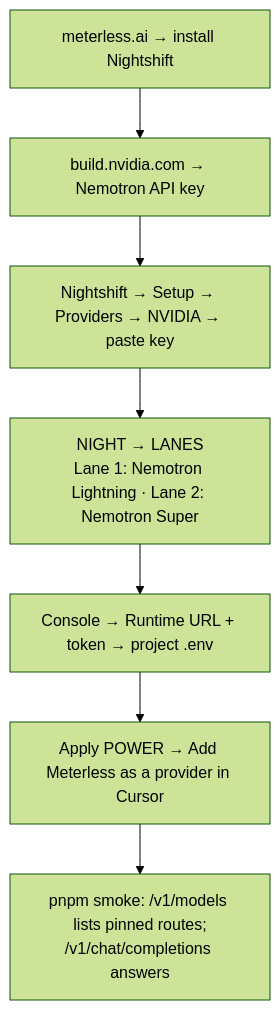
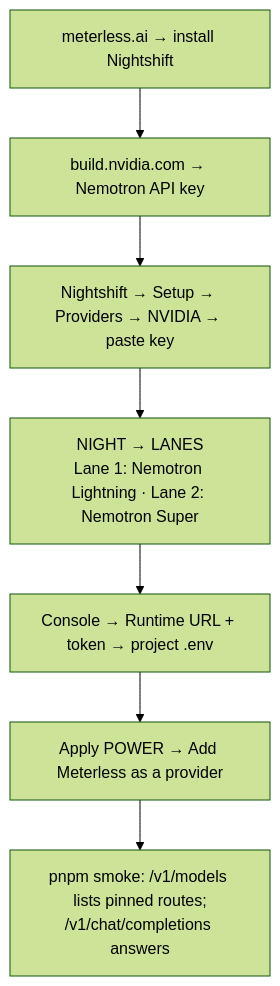
The tenth of 11 diagrams in docs/proposal.md (No0bmazt3r/SmartFlux-EDIS-Energy-Demand-Intelligence-System-), drawn with Mermaid (forest theme) before and after one commit. The commit also changed other lines of this file and 33 other files, not shown here.

````diff
--- a/docs/proposal.md
+++ b/docs/proposal.md
@@ -1189,9 +1189,9 @@
 ```mermaid
 flowchart TD
     N1["meterless.ai → install Nightshift"] --> N2["build.nvidia.com → Nemotron API key"]
     N2 --> N3["Nightshift → Setup → Providers → NVIDIA → paste key"]
     N3 --> N4["NIGHT → LANES<br/>Lane 1: Nemotron Lightning · Lane 2: Nemotron Super"]
     N4 --> N5["Console → Runtime URL + token → project .env"]
-    N5 --> N6["Apply POWER → Add Meterless as a provider in Cursor"]
+    N5 --> N6["Apply POWER → Add Meterless as a provider"]
     N6 --> N7["pnpm smoke: /v1/models lists pinned routes;<br/>/v1/chat/completions answers"]
 ```
````
